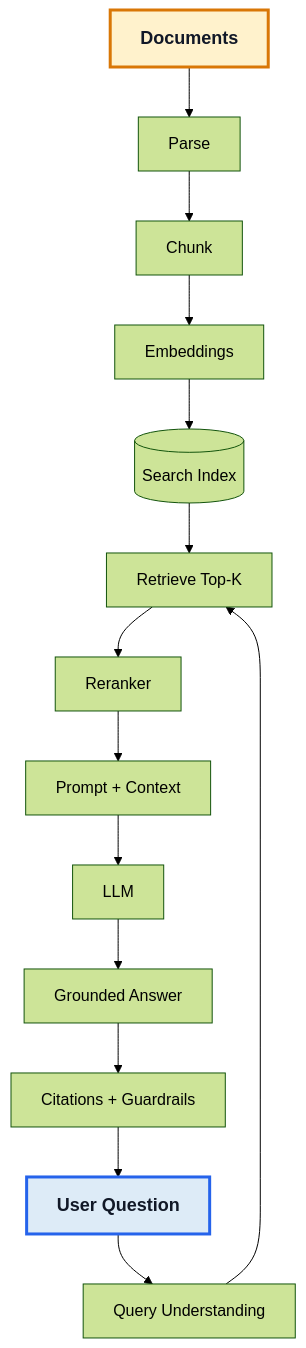
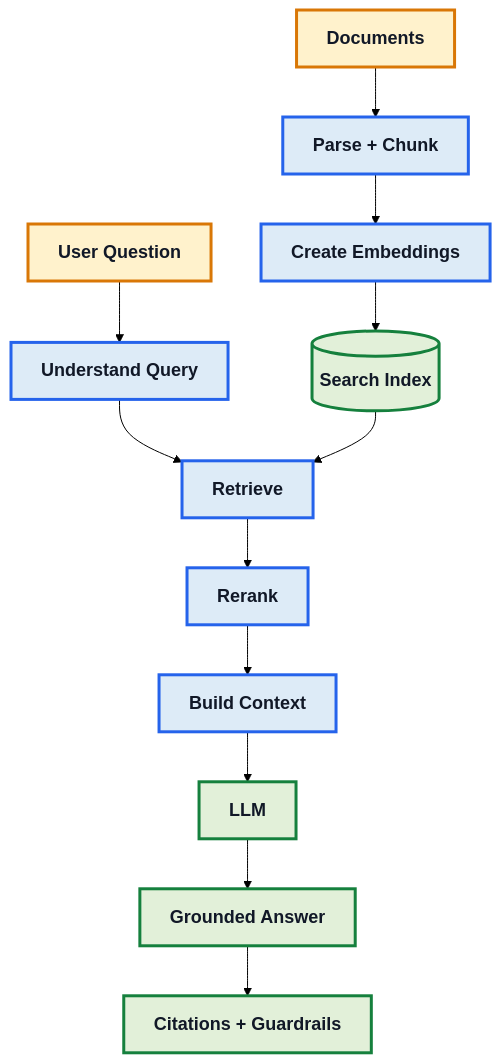
The first of 26 diagrams in AI-Engineer-Interview-Questions-2026.md (azam123/awesome-ai-engineer), drawn with Mermaid (forest theme) before and after one commit.

Commit message:
docs: redesign RAG overview diagram for readability

````diff
--- a/AI-Engineer-Interview-Questions-2026.md
+++ b/AI-Engineer-Interview-Questions-2026.md
@@ -107,21 +107,23 @@
 ```mermaid
-flowchart TD
-A[Documents] --> B[Parse]
-B --> C[Chunk]
-C --> D[Embeddings]
-D --> E[(Search Index)]
-U[User Question] --> Q[Query Understanding]
-Q --> R[Retrieve Top-K]
-E --> R
-R --> RR[Reranker]
-RR --> P[Prompt + Context]
-P --> L[LLM]
-L --> G[Grounded Answer]
-G --> V[Citations + Guardrails]
-V --> U
-class A yellow
-class U blue
-classDef yellow fill:#FFF2CC,stroke:#D97706,stroke-width:3px,color:#111827,font-size:18px,font-weight:bold;
-classDef blue fill:#DDEBF7,stroke:#2563EB,stroke-width:3px,color:#111827,font-size:18px,font-weight:bold;
-classDef green fill:#E2F0D9,stroke:#15803D,stroke-width:3px,color:#111827,font-size:18px,font-weight:bold;
+flowchart TB
+    U[User Question] --> Q[Understand Query]
+    Q --> R[Retrieve]
+    R --> RR[Rerank]
+    RR --> P[Build Context]
+    P --> L[LLM]
+    L --> A[Grounded Answer]
+    A --> G[Citations + Guardrails]
+
+    D[Documents] --> X[Parse + Chunk]
+    X --> E[Create Embeddings]
+    E --> S[(Search Index)]
+    S --> R
+
+    class U,D yellow
+    class Q,R,RR,P,E,X blue
+    class L,A,G,S green
+
+    classDef yellow fill:#FFF2CC,stroke:#D97706,stroke-width:3px,color:#111827,font-size:18px,font-weight:bold;
+    classDef blue fill:#DDEBF7,stroke:#2563EB,stroke-width:3px,color:#111827,font-size:18px,font-weight:bold;
+    classDef green fill:#E2F0D9,stroke:#15803D,stroke-width:3px,color:#111827,font-size:18px,font-weight:bold;
 ```
````
